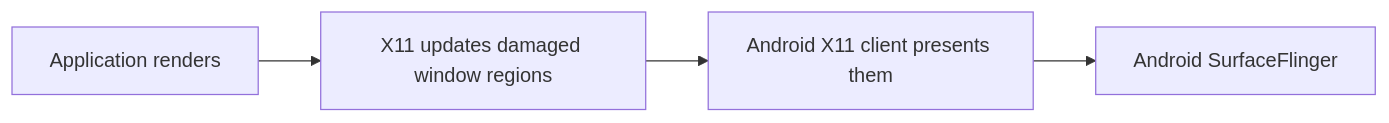
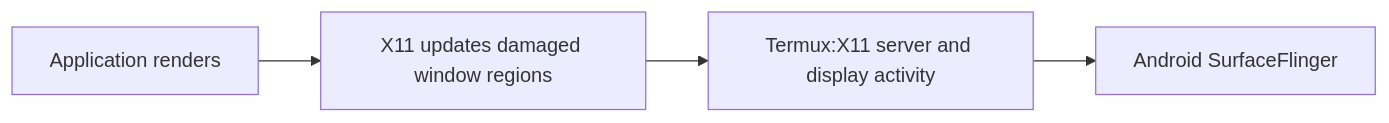
The second of 2 diagrams in udroid-landing/setting-up-gui/smooth-desktop-performance.md (RandomCoderOrg/udroid-wiki), drawn with Mermaid before and after one commit. The commit also changed other lines of this file and 3 other files, not shown here.

````diff
--- a/udroid-landing/setting-up-gui/smooth-desktop-performance.md
+++ b/udroid-landing/setting-up-gui/smooth-desktop-performance.md
@@ -93,6 +117,6 @@
 ```mermaid
 flowchart LR
     A["Application renders"] --> B["X11 updates damaged window regions"]
-    B --> C["Android X11 client presents them"]
+    B --> C["Termux:X11 server and display activity"]
     C --> D["Android SurfaceFlinger"]
 ```
````
